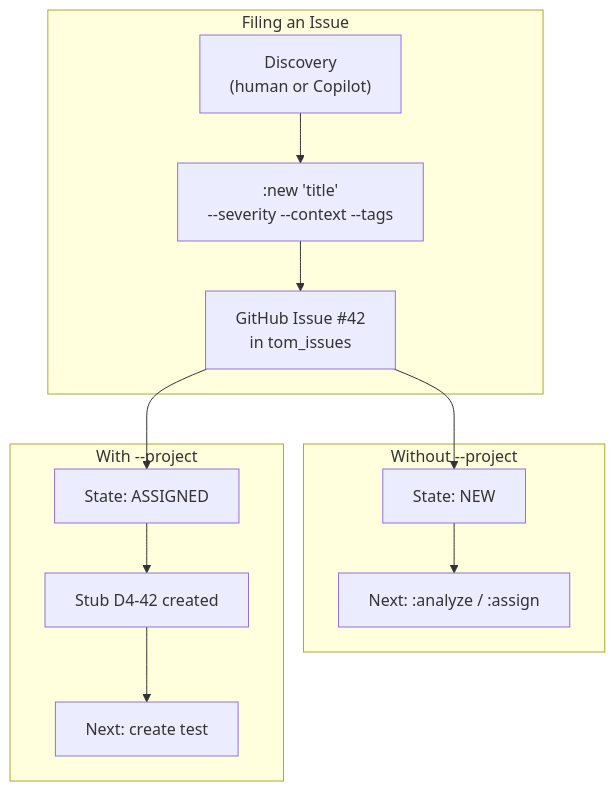
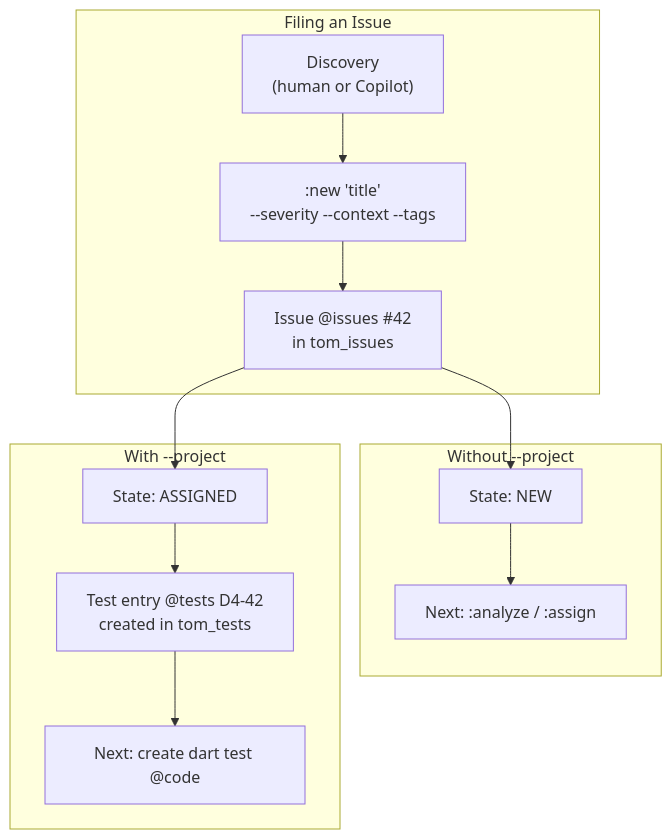
One commit to al-the-bear/tom_module_basics changed diagram 19 of 37 in tom_issue_kit/doc/issuekit_command_reference.md. Above: the diagram before and after it, drawn with Mermaid. The commit also changed other lines of this file and 1 other file, not shown here.

First line of the commit message:
docs: architectural redesign — two issue trackers, @issues/@tests/@code terminology, nightly backup

````diff
--- a/tom_issue_kit/doc/issuekit_command_reference.md
+++ b/tom_issue_kit/doc/issuekit_command_reference.md
@@ -1013,22 +1070,22 @@
 ```mermaid
 graph TB
     subgraph "Filing an Issue"
         D["Discovery<br/>(human or Copilot)"]
         N[":new 'title'<br/>--severity --context --tags"]
-        GH["GitHub Issue #42<br/>in tom_issues"]
+        GH["Issue @issues #42<br/>in tom_issues"]
         D --> N --> GH
     end
 
     subgraph "Without --project"
         S1["State: NEW"]
         S2["Next: :analyze / :assign"]
         GH --> S1 --> S2
     end
 
     subgraph "With --project"
         S3["State: ASSIGNED"]
-        S4["Stub D4-42 created"]
-        S5["Next: create test"]
+        S4["Test entry @tests D4-42<br/>created in tom_tests"]
+        S5["Next: create dart test @code"]
         GH --> S3 --> S4 --> S5
     end
 ```
````
